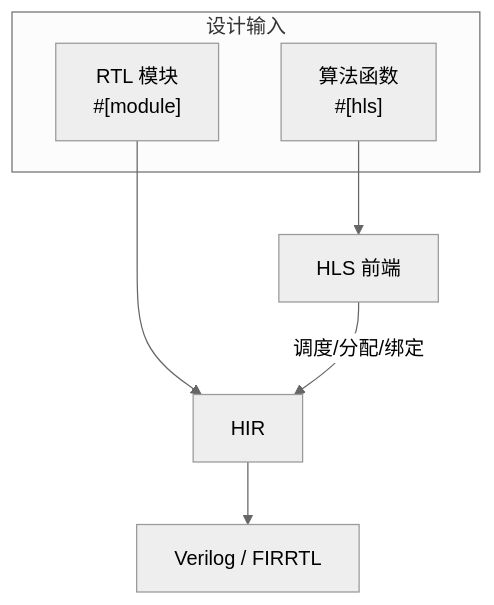
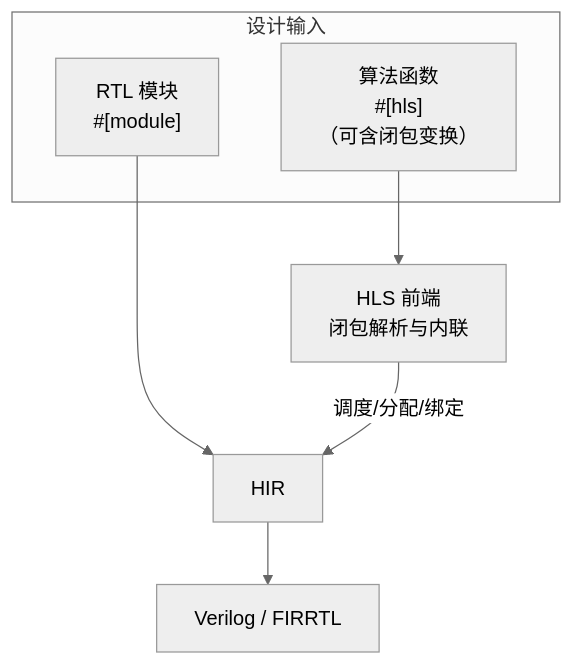
The tenth of 18 diagrams in docs/requirements/4. 整体架构与工作流.md (TangCan/bitloom), drawn with Mermaid (neutral theme) before and after one commit. The commit also changed other lines of this file and 17 other files, not shown here.

````diff
--- a/docs/requirements/4. 整体架构与工作流.md
+++ b/docs/requirements/4. 整体架构与工作流.md
@@ -290,12 +305,11 @@
 ```mermaid
 flowchart TB
     subgraph 设计输入
         A["RTL 模块<br>#[module]"]
-        B["算法函数<br>#[hls]"]
+        B["算法函数<br>#[hls]<br>（可含闭包变换）"]
     end
     A --> C[HIR]
-    B --> D[HLS 前端]
+    B --> D[HLS 前端<br>闭包解析与内联]
     D -->|调度/分配/绑定| C
     C --> E[Verilog / FIRRTL]
-
 ```
````
